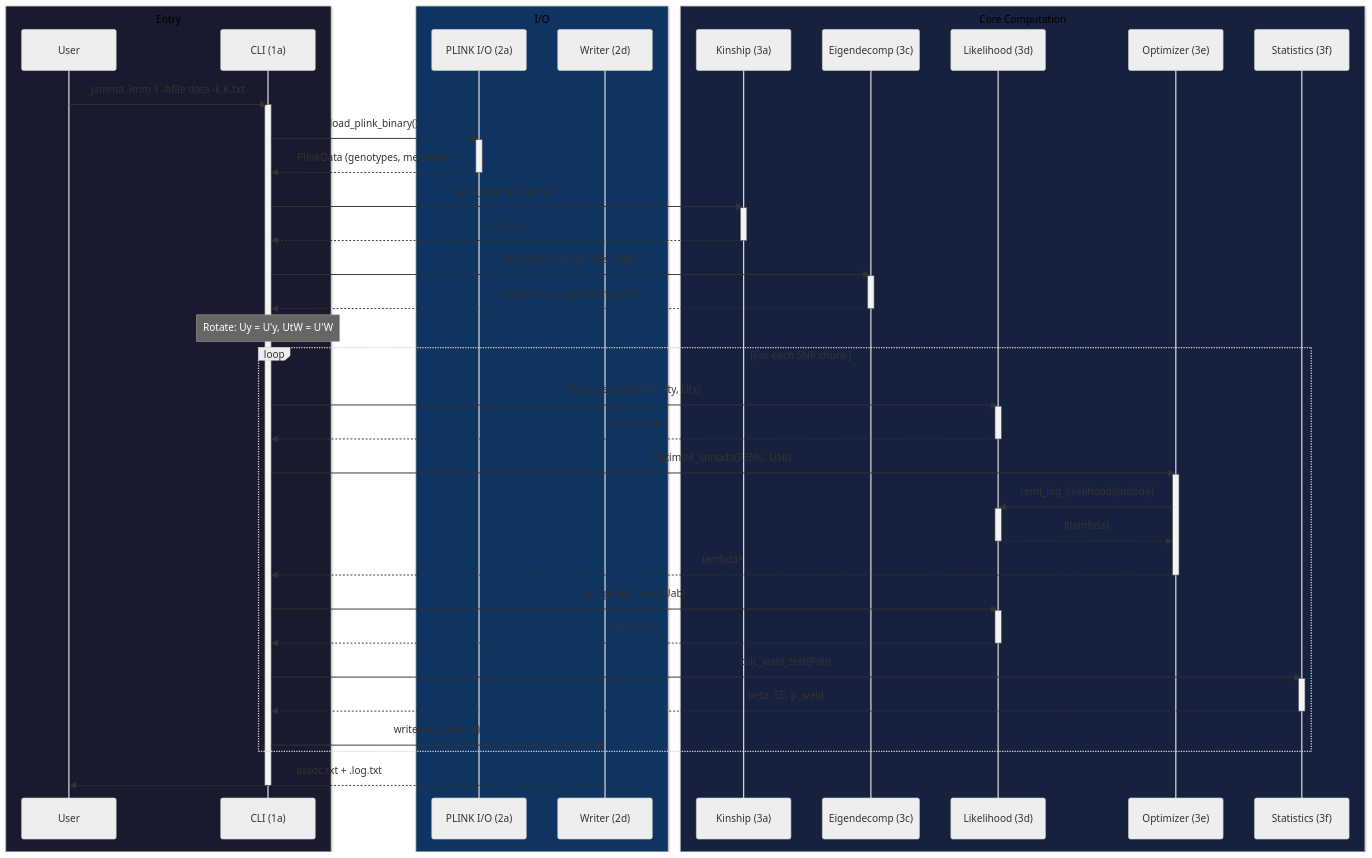
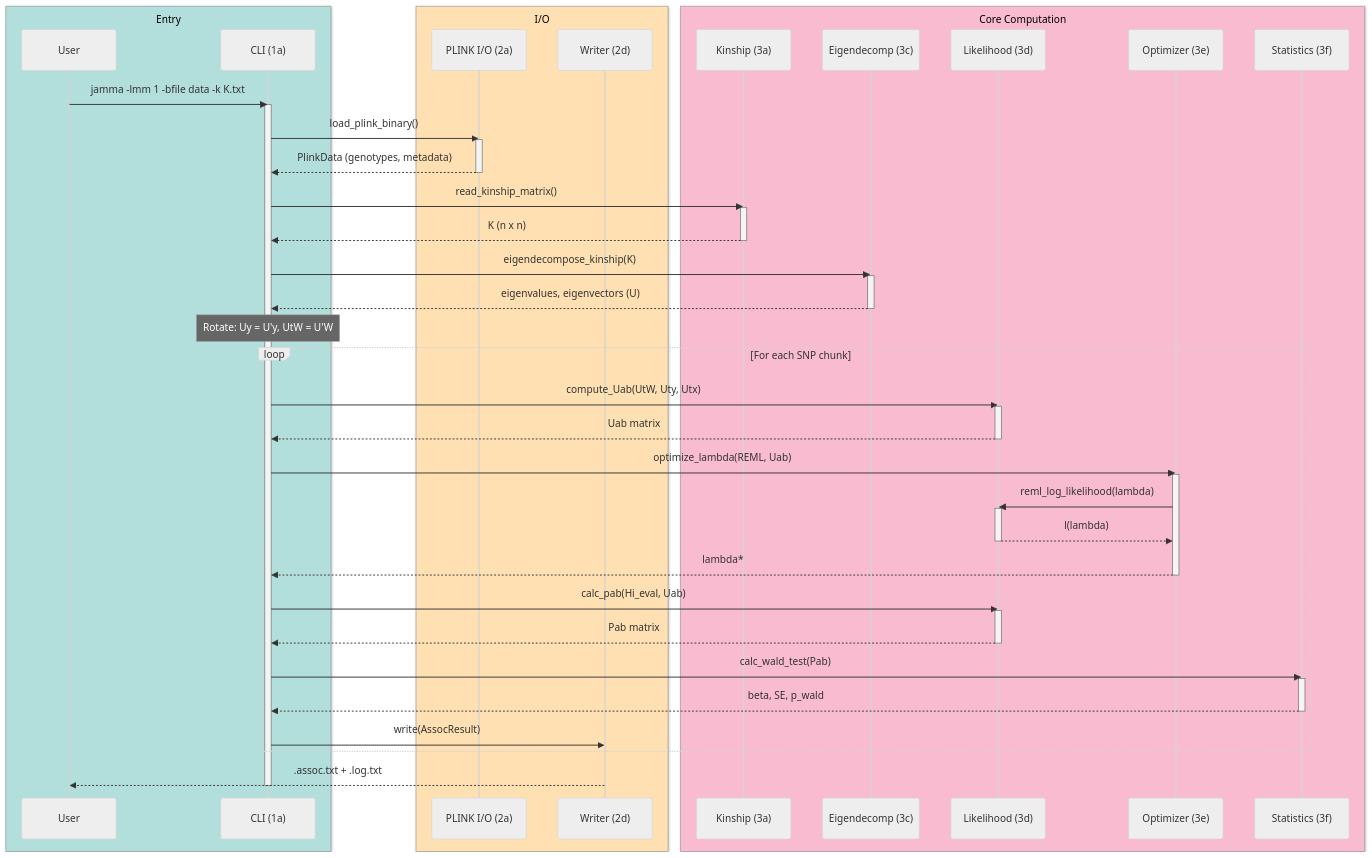
Before and after one commit to michael-denyer/jamma: the second of 5 diagrams in docs/CODEMAP.md, drawn with Mermaid (neutral theme). The commit also changed other lines of this file, not shown here.

First line of the commit message:
docs: fix CODEMAP diagrams — add node fills, fix sequence diagram contrast

````diff
--- a/docs/CODEMAP.md
+++ b/docs/CODEMAP.md
@@ -280,62 +321,62 @@
 ```mermaid
 sequenceDiagram
-    box rgb(26, 26, 46) Entry
+    box rgb(178, 223, 219) Entry
         participant U as User
         participant CLI as CLI (1a)
     end
-    box rgb(15, 52, 96) I/O
+    box rgb(255, 224, 178) I/O
         participant IO as PLINK I/O (2a)
         participant W as Writer (2d)
     end
-    box rgb(22, 33, 62) Core Computation
+    box rgb(248, 187, 208) Core Computation
         participant K as Kinship (3a)
         participant E as Eigendecomp (3c)
         participant L as Likelihood (3d)
         participant O as Optimizer (3e)
         participant S as Statistics (3f)
     end
 
     U->>CLI: jamma -lmm 1 -bfile data -k K.txt
     activate CLI
     CLI->>IO: load_plink_binary()
     activate IO
     IO-->>CLI: PlinkData (genotypes, metadata)
     deactivate IO
     CLI->>K: read_kinship_matrix()
     activate K
     K-->>CLI: K (n x n)
     deactivate K
     CLI->>E: eigendecompose_kinship(K)
     activate E
     E-->>CLI: eigenvalues, eigenvectors (U)
     deactivate E
 
     Note over CLI: Rotate: Uy = U'y, UtW = U'W
 
     loop For each SNP chunk
         CLI->>L: compute_Uab(UtW, Uty, Utx)
         activate L
         L-->>CLI: Uab matrix
         deactivate L
         CLI->>O: optimize_lambda(REML, Uab)
         activate O
         O->>L: reml_log_likelihood(lambda)
         activate L
         L-->>O: l(lambda)
         deactivate L
         O-->>CLI: lambda*
         deactivate O
         CLI->>L: calc_pab(Hi_eval, Uab)
         activate L
         L-->>CLI: Pab matrix
         deactivate L
         CLI->>S: calc_wald_test(Pab)
         activate S
         S-->>CLI: beta, SE, p_wald
         deactivate S
         CLI->>W: write(AssocResult)
     end
 
     W-->>U: .assoc.txt + .log.txt
     deactivate CLI
 ```
````
